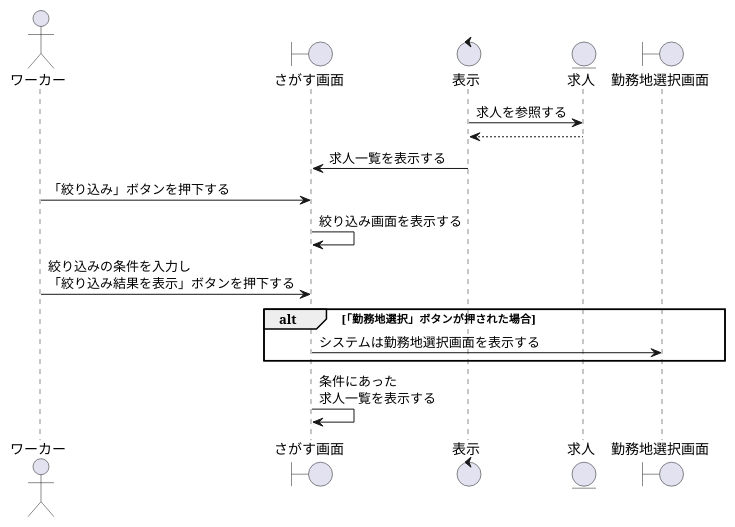
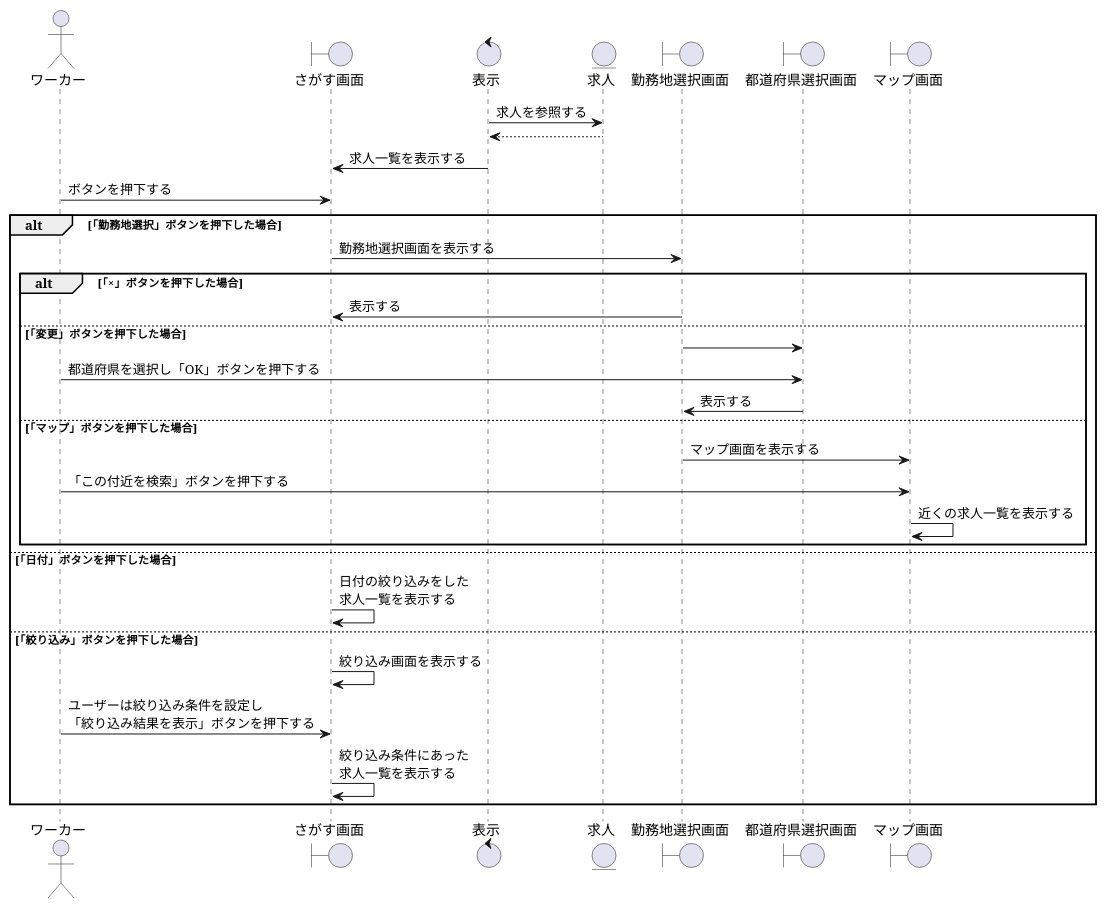
The diagram in sequence_fig/2_search_fn/04_求人の絞り込みをする.pu (irukacb256/high_Me), drawn with PlantUML before and after one commit. The commit also changed 2 other files, not shown here.

```diff
--- a/sequence_fig/2_search_fn/04_求人の絞り込みをする.pu
+++ b/sequence_fig/2_search_fn/04_求人の絞り込みをする.pu
@@ -1,27 +1,42 @@
 @startuml 求人の絞り込みをする
 
 actor    ワーカー    as wo1
 boundary さがす画面  as sc1
 control  表示        as co1
 entity   求人        as jb1
 boundary 勤務地選択画面 as wp1
+boundary 都道府県選択画面 as pr1
+boundary マップ画面       as mp1
 
 co1 -> jb1 : 求人を参照する
 jb1 --> co1 
 
 co1 -> sc1 : 求人一覧を表示する
 
-wo1 -> sc1 : 「絞り込み」ボタンを押下する
+wo1 -> sc1 : ボタンを押下する
 
-sc1 -> sc1 : 絞り込み画面を表示する
+alt 「勤務地選択」ボタンを押下した場合
+    sc1 -> wp1 : 勤務地選択画面を表示する
+    alt 「×」ボタンを押下した場合
+        wp1 -> sc1 : 表示する
+    else 「変更」ボタンを押下した場合
+        wp1 -> pr1
+        wo1 -> pr1 : 都道府県を選択し「OK」ボタンを押下する
+        pr1 -> wp1 : 表示する
 
-wo1 -> sc1 : 絞り込みの条件を入力し\n「絞り込み結果を表示」ボタンを押下する
+    else 「マップ」ボタンを押下した場合
+        wp1 -> mp1 : マップ画面を表示する
+        wo1 -> mp1 : 「この付近を検索」ボタンを押下する
+        mp1 -> mp1 : 近くの求人一覧を表示する
+    end
+        
+else 「日付」ボタンを押下した場合
+    sc1 -> sc1 : 日付の絞り込みをした\n求人一覧を表示する
 
-alt 「勤務地選択」ボタンが押された場合 
-    sc1 -> wp1 : システムは勤務地選択画面を表示する
-
+else 「絞り込み」ボタンを押下した場合
+    sc1 -> sc1 : 絞り込み画面を表示する
+    wo1 -> sc1 : ユーザーは絞り込み条件を設定し\n「絞り込み結果を表示」ボタンを押下する
+    sc1 -> sc1 : 絞り込み条件にあった\n求人一覧を表示する
 end
 
-sc1 -> sc1 : 条件にあった\n求人一覧を表示する
-
 @enduml
```
